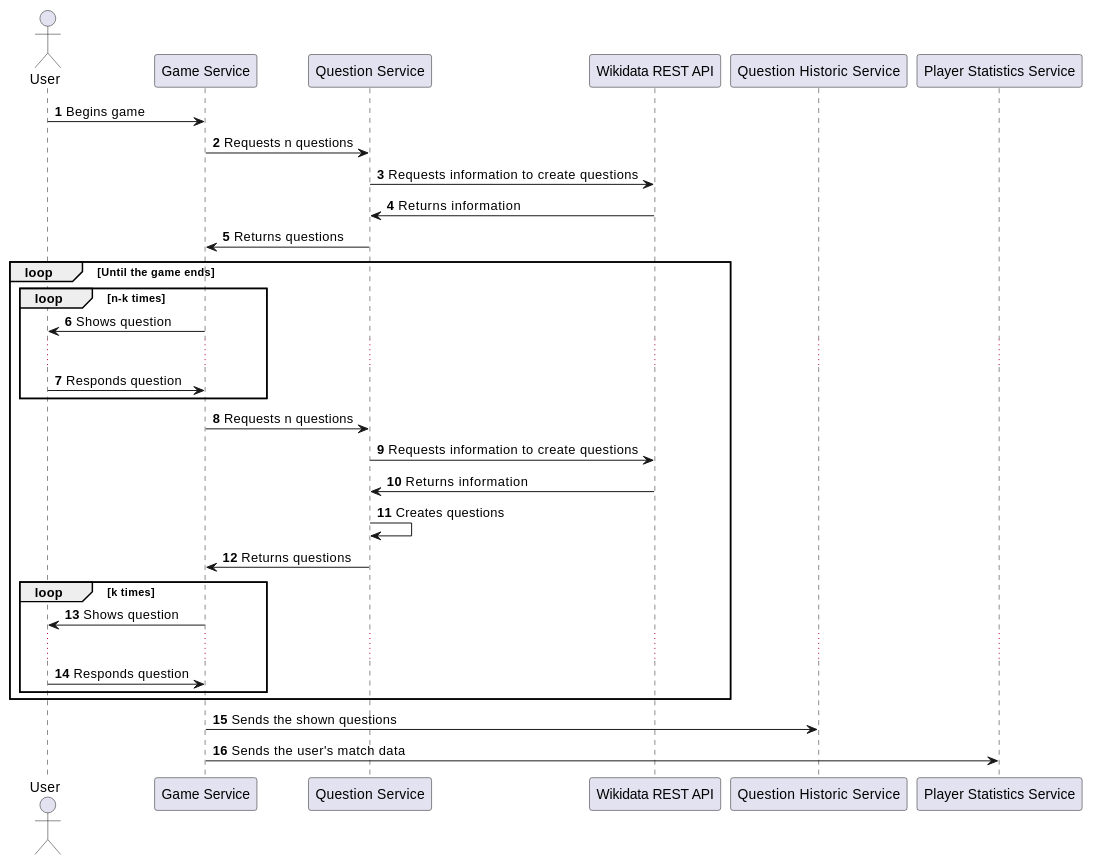
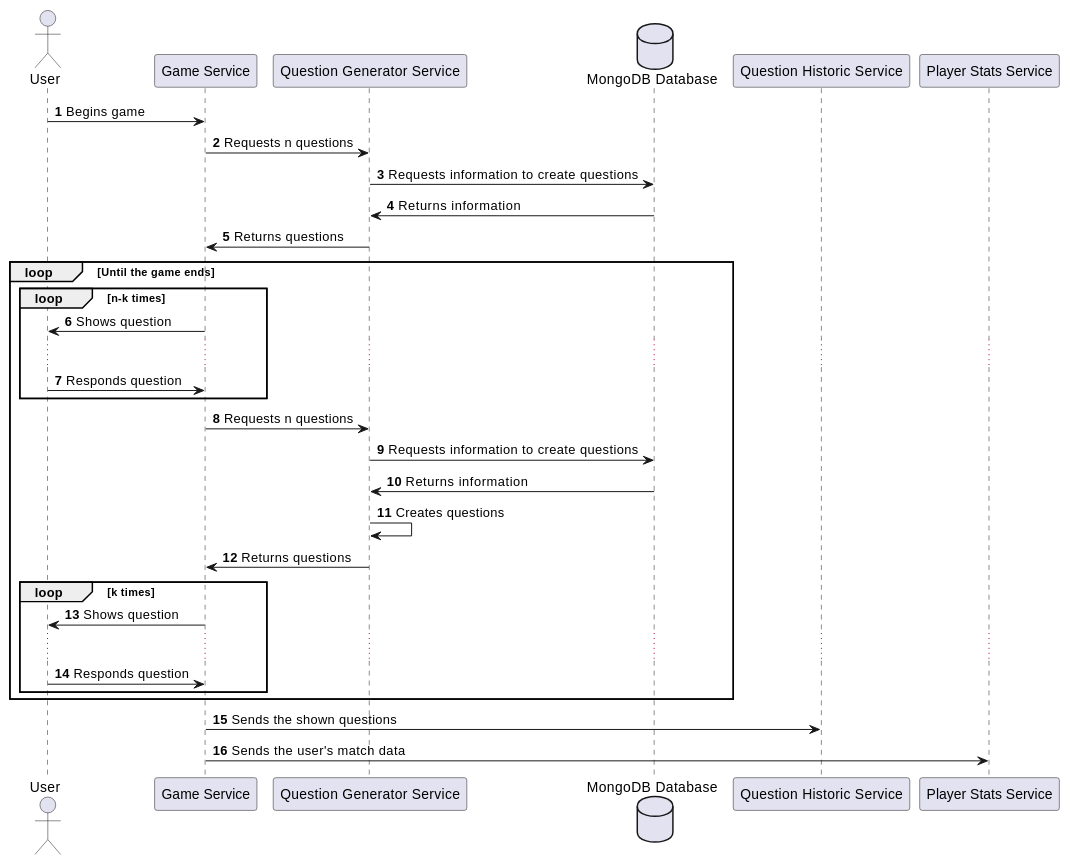
The second of 4 diagrams in docs/src/06_runtime_view.adoc (Arquisoft/wiq_es6c), drawn with PlantUML before and after one commit. The commit also changed other lines of this file and 2 other files, not shown here.

Commit message:
Update graphs

```diff
--- a/docs/src/06_runtime_view.adoc
+++ b/docs/src/06_runtime_view.adoc
@@ -35,35 +38,40 @@
 [plantuml,"Question generation 2",png]
 ----
 autonumber
 
 actor "User" as user
 
 user -> "Game Service": Begins game
-"Game Service" -> "Question Service" : Requests n questions
-"Question Service" -> "Wikidata REST API" : Requests information to create questions
-"Wikidata REST API" -> "Question Service" : Returns information
-"Question Service" -> "Game Service" : Returns questions
+"Game Service" -> "Question Generator Service" : Requests n questions
+
+database "MongoDB Database" as db
+
+"Question Generator Service" -> db : Requests information to create questions
+db -> "Question Generator Service" : Returns information
+"Question Generator Service" -> "Game Service" : Returns questions
+
+
 
 loop Until the game ends
     loop n-k times
         "Game Service" -> user : Shows question
         ...
         user -> "Game Service" : Responds question
     end
 
-    "Game Service" -> "Question Service" : Requests n questions
-    "Question Service" -> "Wikidata REST API" : Requests information to create questions
-    "Wikidata REST API" -> "Question Service" : Returns information
-    "Question Service" -> "Question Service" : Creates questions
-    "Question Service" -> "Game Service" : Returns questions
+    "Game Service" -> "Question Generator Service" : Requests n questions
+    "Question Generator Service" -> db : Requests information to create questions
+    db -> "Question Generator Service" : Returns information
+    "Question Generator Service" -> "Question Generator Service" : Creates questions
+    "Question Generator Service" -> "Game Service" : Returns questions
 
     loop k times
         "Game Service" -> user : Shows question
         ...
         user -> "Game Service" : Responds question
     end
 end
 
 "Game Service" -> "Question Historic Service" : Sends the shown questions
-"Game Service" -> "Player Statistics Service" : Sends the  user's match data
+"Game Service" -> "Player Stats Service" : Sends the  user's match data
 ----
```
